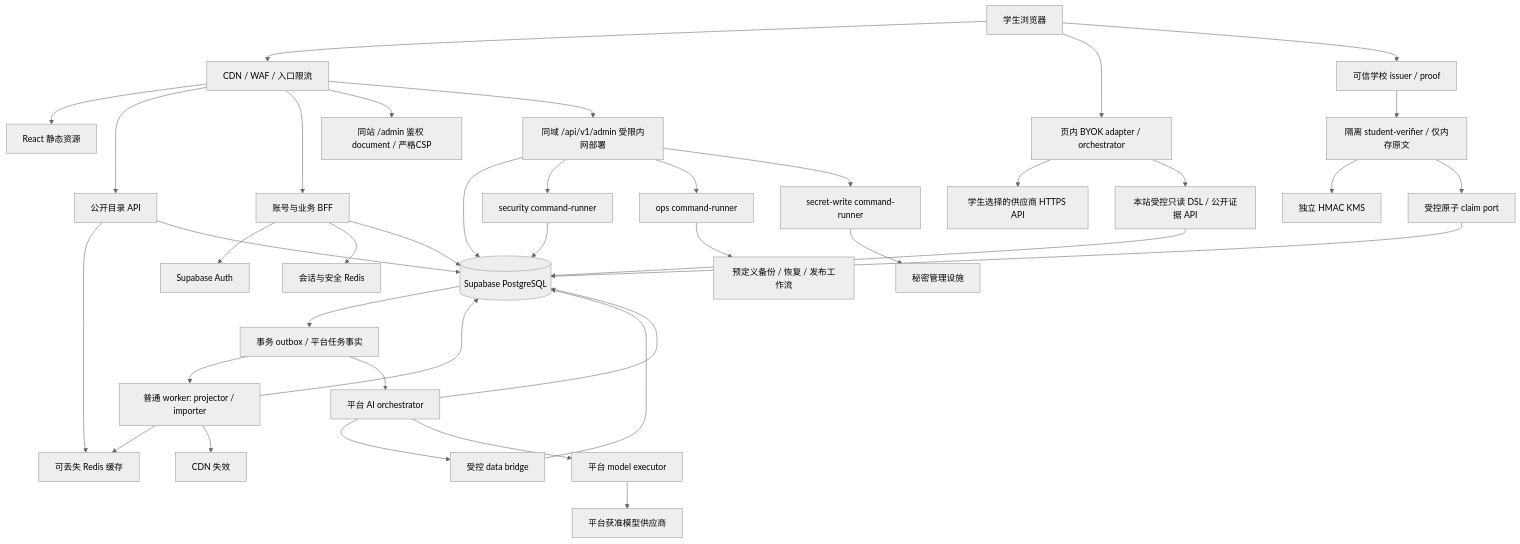
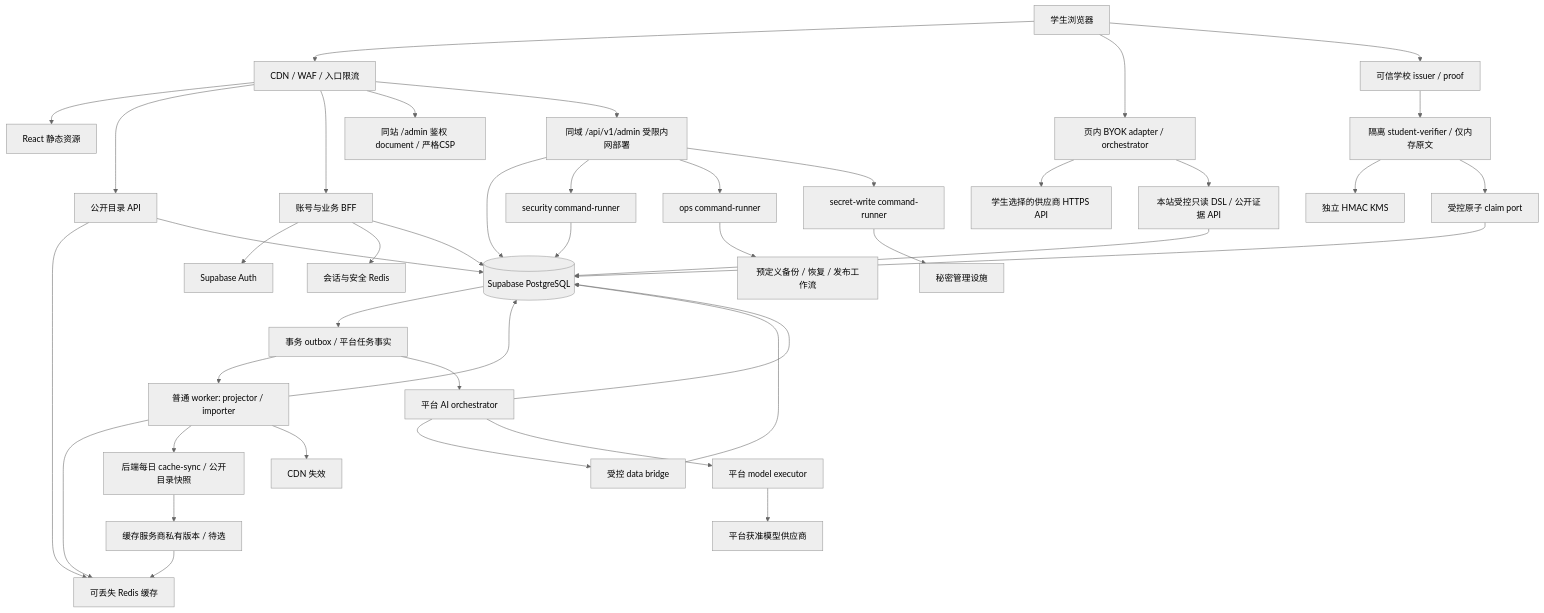
One commit to terribde/So_Clear changed the diagram in docs/02-system-architecture.md. Above: the diagram before and after it, drawn with Mermaid (neutral theme). The commit also changed other lines of this file and 12 other files, not shown here.

Commit message:
docs: centralize backend cache and plan daily provider sync

````diff
--- a/docs/02-system-architecture.md
+++ b/docs/02-system-architecture.md
@@ -9,41 +9,44 @@
 ```mermaid
 flowchart TB
     U[学生浏览器] --> EDGE[CDN / WAF / 入口限流]
     EDGE --> STATIC[React 静态资源]
     EDGE --> PUB[公开目录 API]
     EDGE --> BFF[账号与业务 BFF]
     U --> BAI[页内 BYOK adapter / orchestrator]
     BAI --> OWN[学生选择的供应商 HTTPS API]
     BAI --> TOOLS[本站受控只读 DSL / 公开证据 API]
     TOOLS --> DB[(Supabase PostgreSQL)]
     PUB --> CACHE[可丢失 Redis 缓存]
     PUB --> DB
     BFF --> AUTH[Supabase Auth]
     BFF --> SEC[会话与安全 Redis]
     BFF --> DB
     U --> ISSUER[可信学校 issuer / proof]
     ISSUER --> VERIFIER[隔离 student-verifier / 仅内存原文]
     VERIFIER --> KMS[独立 HMAC KMS]
     VERIFIER --> CLAIM[受控原子 claim port]
     CLAIM --> DB
     EDGE --> ADMINPAGE[同站 /admin 鉴权 document / 严格CSP]
     EDGE --> ADMIN[同域 /api/v1/admin 受限内网部署]
     ADMIN --> DB
     ADMIN --> SECMD[security command-runner]
     ADMIN --> OPSCMD[ops command-runner]
     ADMIN --> SWRITE[secret-write command-runner]
     SECMD --> DB
     OPSCMD --> OPAPI[预定义备份 / 恢复 / 发布工作流]
     SWRITE --> VAULT[秘密管理设施]
     DB --> OUT[事务 outbox / 平台任务事实]
     OUT --> WORKER[普通 worker: projector / importer]
     WORKER --> CACHE
+    WORKER --> CSYNC[后端每日 cache-sync / 公开目录快照]
+    CSYNC --> CPROVIDER[缓存服务商私有版本 / 待选]
+    CPROVIDER --> CACHE
     WORKER --> PURGE[CDN 失效]
     WORKER --> DB
     OUT --> AIO[平台 AI orchestrator]
     AIO --> BRIDGE[受控 data bridge]
     BRIDGE --> DB
     AIO --> EXEC[平台 model executor]
     EXEC --> PM[平台获准模型供应商]
     AIO --> DB
 ```
````
